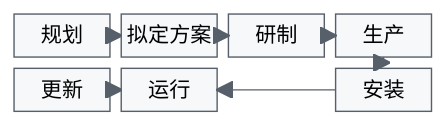
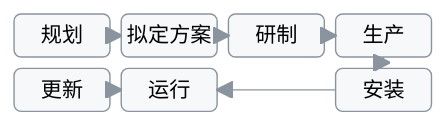
One commit to 74262195/system-architect-notes changed the third of 7 diagrams in 01_综合知识/02_系统工程与信息系统基础/02_系统工程方法/霍尔三维结构.md. Above: the diagram before and after it, drawn with Mermaid. The commit also changed 2 other files, not shown here.

Commit message:
style: 优化时间维流程图与箭头

````diff
--- a/01_综合知识/02_系统工程与信息系统基础/02_系统工程方法/霍尔三维结构.md
+++ b/01_综合知识/02_系统工程与信息系统基础/02_系统工程方法/霍尔三维结构.md
@@ -118,14 +118,14 @@
 ```mermaid
-%%{init: {"theme":"base","themeVariables":{"fontSize":"15px","primaryColor":"#f6f8fa","primaryTextColor":"#24292f","primaryBorderColor":"#57606a","lineColor":"#57606a","secondaryColor":"#ffffff","tertiaryColor":"#ffffff","edgeLabelBackground":"#ffffff"}}}%%
+%%{init: {"theme":"base","themeVariables":{"fontSize":"15px","primaryColor":"#f6f8fa","primaryTextColor":"#24292f","primaryBorderColor":"#8b949e","lineColor":"#8b949e","secondaryColor":"#ffffff","tertiaryColor":"#ffffff","edgeLabelBackground":"#ffffff"}}}%%
 block-beta
     columns 4
-    A["规划"] B["拟定方案"] C["研制"] D["生产"]
-    G["更新"] F["运行"] space E["安装"]
+    A("规划") B("拟定方案") C("研制") D("生产")
+    G("更新") F("运行") space E("安装")
 
     A --> B
     B --> C
     C --> D
     D --> E
     E --> F
     F --> G
 ```
````
